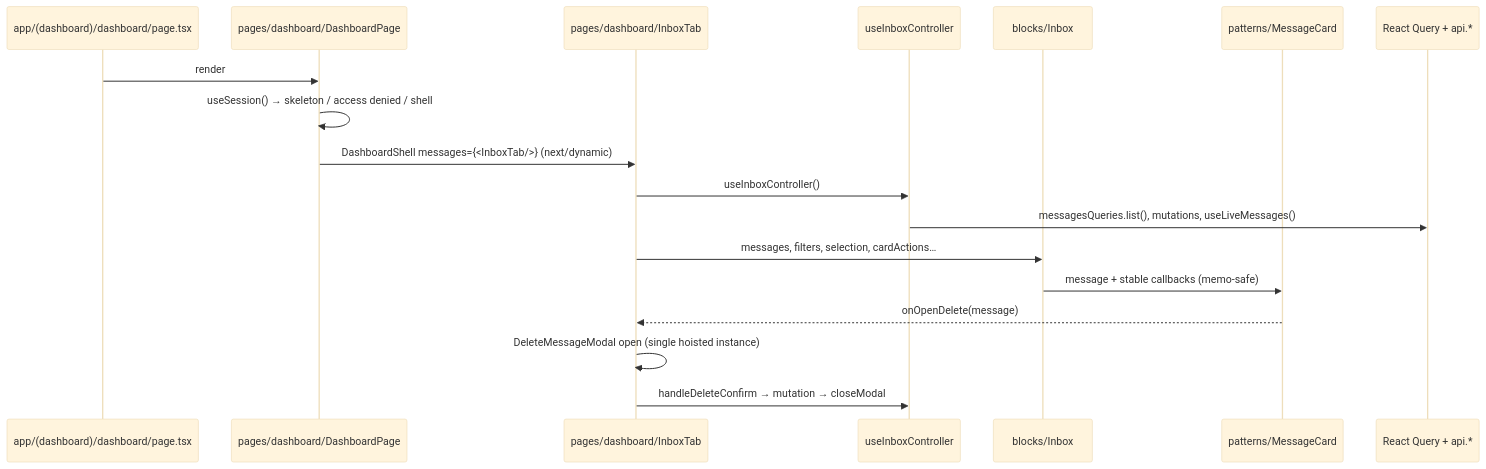
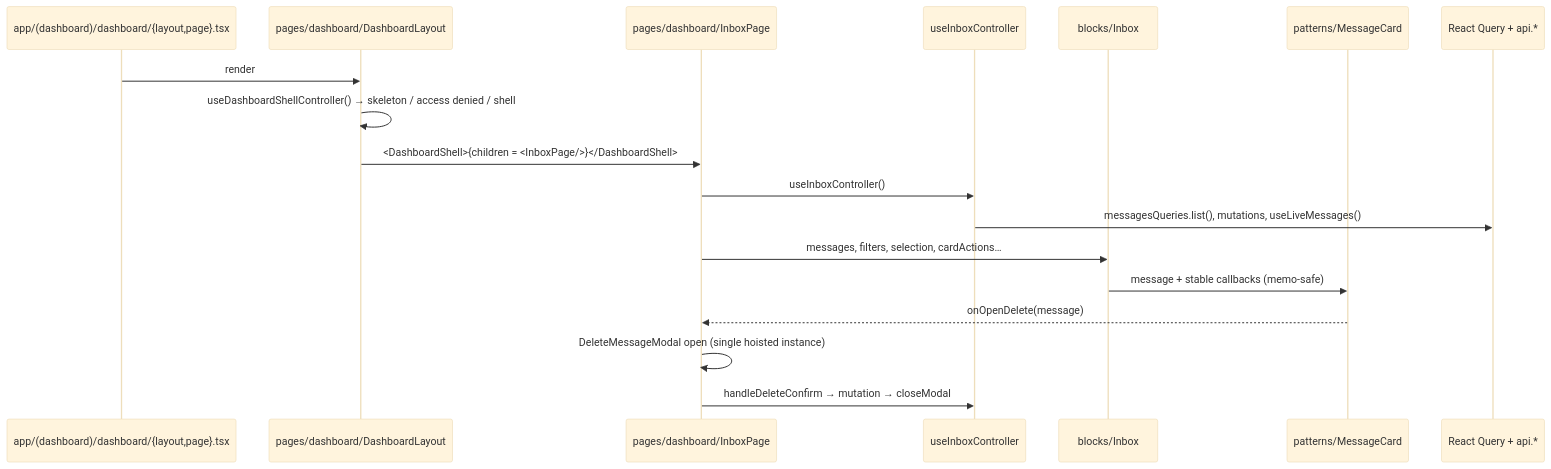
The third of 3 diagrams in docs/agents/component-architecture.md (Abbas4tech/GhostMsg), drawn with Mermaid (base theme) before and after one commit. The commit also changed other lines of this file and 498 other files, not shown here.

````diff
--- a/docs/agents/component-architecture.md
+++ b/docs/agents/component-architecture.md
@@ -239,21 +239,21 @@
 ```mermaid
 sequenceDiagram
-    participant Route as app/(dashboard)/dashboard/page.tsx
-    participant Page as pages/dashboard/DashboardPage
-    participant Tab as pages/dashboard/InboxTab
+    participant Route as app/(dashboard)/dashboard/{layout,page}.tsx
+    participant Page as pages/dashboard/DashboardLayout
+    participant Tab as pages/dashboard/InboxPage
     participant Ctl as useInboxController
     participant Block as blocks/Inbox
     participant Card as patterns/MessageCard
     participant API as React Query + api.*
 
     Route->>Page: render
-    Page->>Page: useSession() → skeleton / access denied / shell
-    Page->>Tab: DashboardShell messages={<InboxTab/>} (next/dynamic)
+    Page->>Page: useDashboardShellController() → skeleton / access denied / shell
+    Page->>Tab: <DashboardShell>{children = <InboxPage/>}</DashboardShell>
     Tab->>Ctl: useInboxController()
     Ctl->>API: messagesQueries.list(), mutations, useLiveMessages()
     Tab->>Block: messages, filters, selection, cardActions…
     Block->>Card: message + stable callbacks (memo-safe)
     Card-->>Tab: onOpenDelete(message)
     Tab->>Tab: DeleteMessageModal open (single hoisted instance)
     Tab->>Ctl: handleDeleteConfirm → mutation → closeModal
 ```
````
